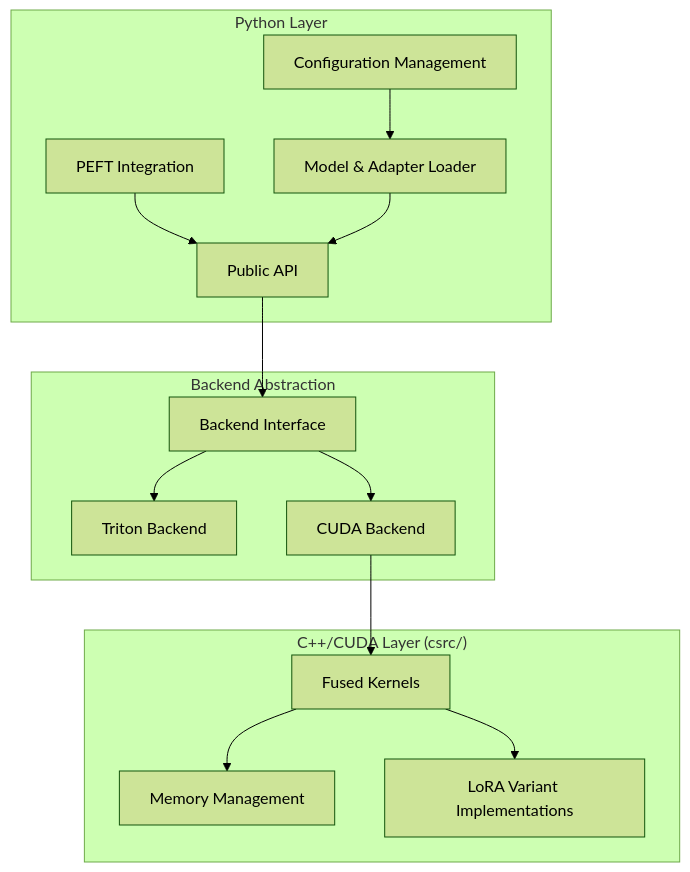
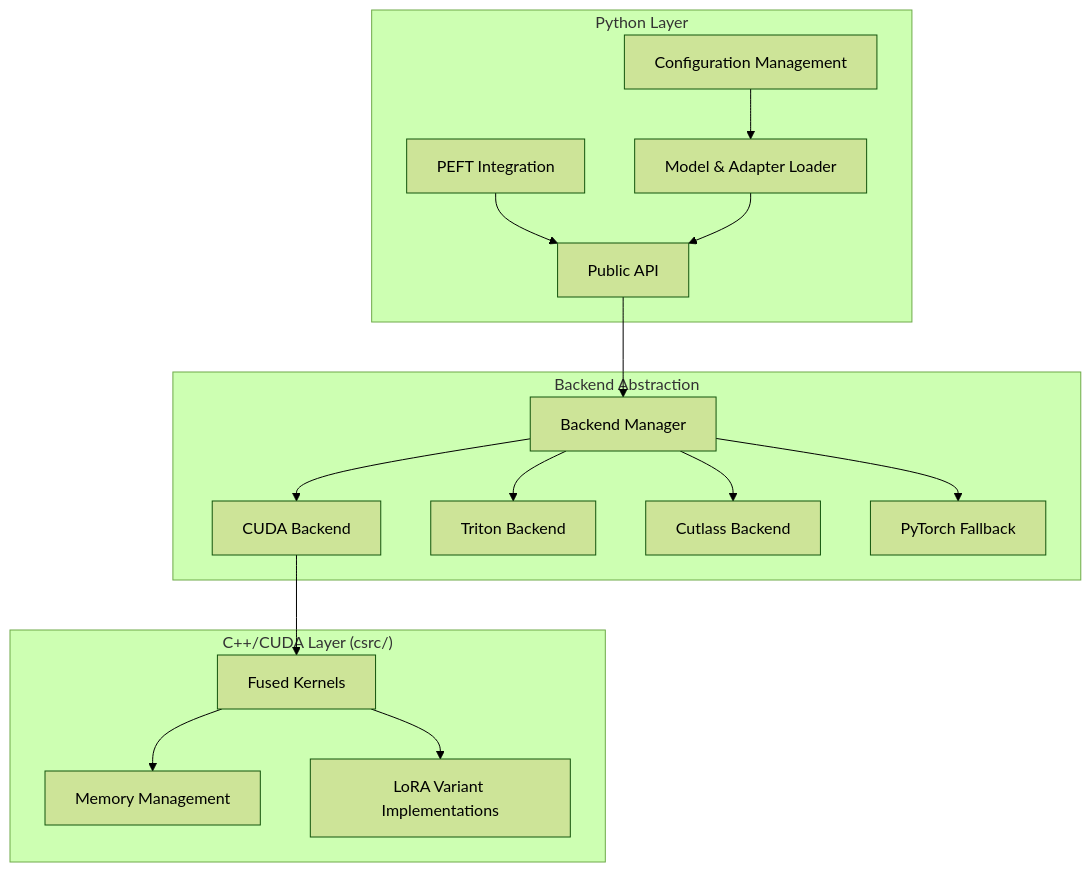
The first of 2 diagrams in .kiro/specs/fd-lora/design.md (Sasopsy/fd-lora), drawn with Mermaid (forest theme) before and after one commit. The commit also changed other lines of this file, not shown here.

Commit message:
Design doc pytorch fallback

````diff
--- a/.kiro/specs/fd-lora/design.md
+++ b/.kiro/specs/fd-lora/design.md
@@ -13,31 +13,35 @@
 ```mermaid
 graph TB
     subgraph "Python Layer"
         API[Public API]
         PEFT[PEFT Integration]
         CONFIG[Configuration Management]
         LOADER[Model & Adapter Loader]
     end
     
     subgraph "Backend Abstraction"
-        BACKEND[Backend Interface]
+        BACKEND[Backend Manager]
+        CUDA[CUDA Backend]
         TRITON[Triton Backend]
-        CUDA[CUDA Backend]
+        CUTLASS[Cutlass Backend]
+        PYTORCH[PyTorch Fallback]
     end
     
     subgraph "C++/CUDA Layer (csrc/)"
         KERNELS[Fused Kernels]
         MEMORY[Memory Management]
         VARIANTS[LoRA Variant Implementations]
     end
     
     API --> BACKEND
     PEFT --> API
     CONFIG --> LOADER
     LOADER --> API
+    BACKEND --> CUDA
     BACKEND --> TRITON
-    BACKEND --> CUDA
+    BACKEND --> CUTLASS
+    BACKEND --> PYTORCH
     CUDA --> KERNELS
     KERNELS --> MEMORY
     KERNELS --> VARIANTS
 ```
````
